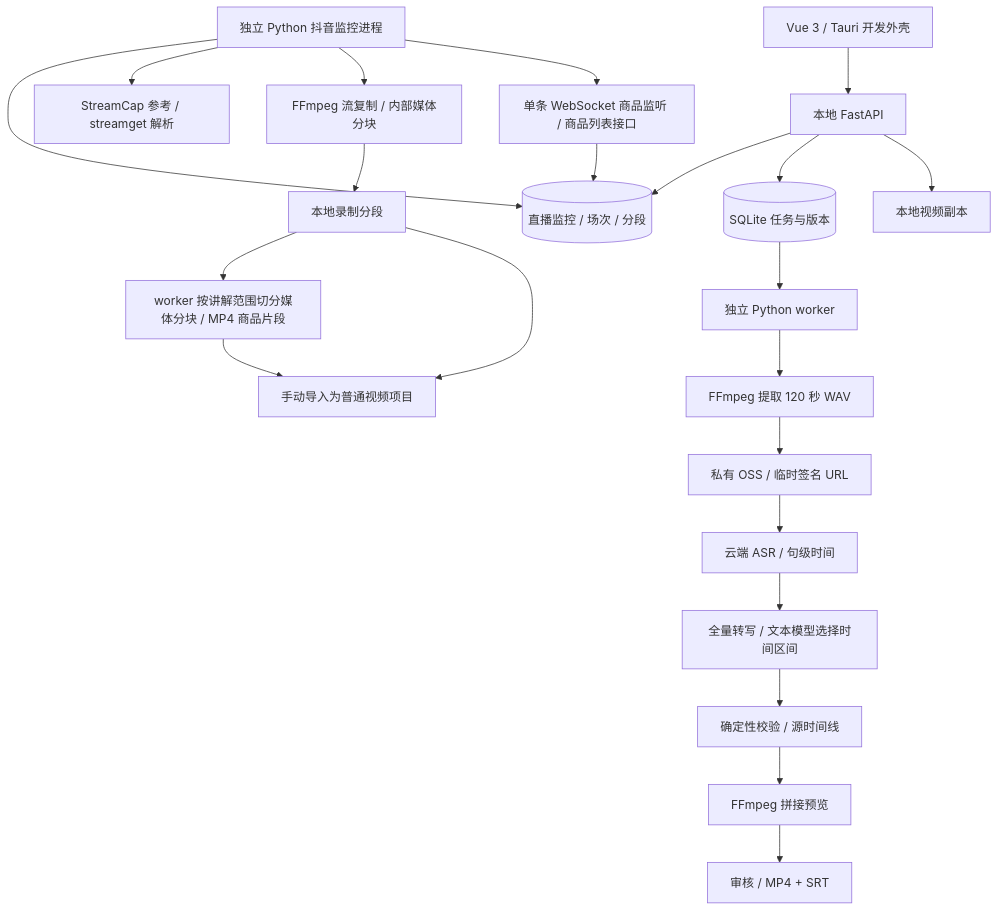
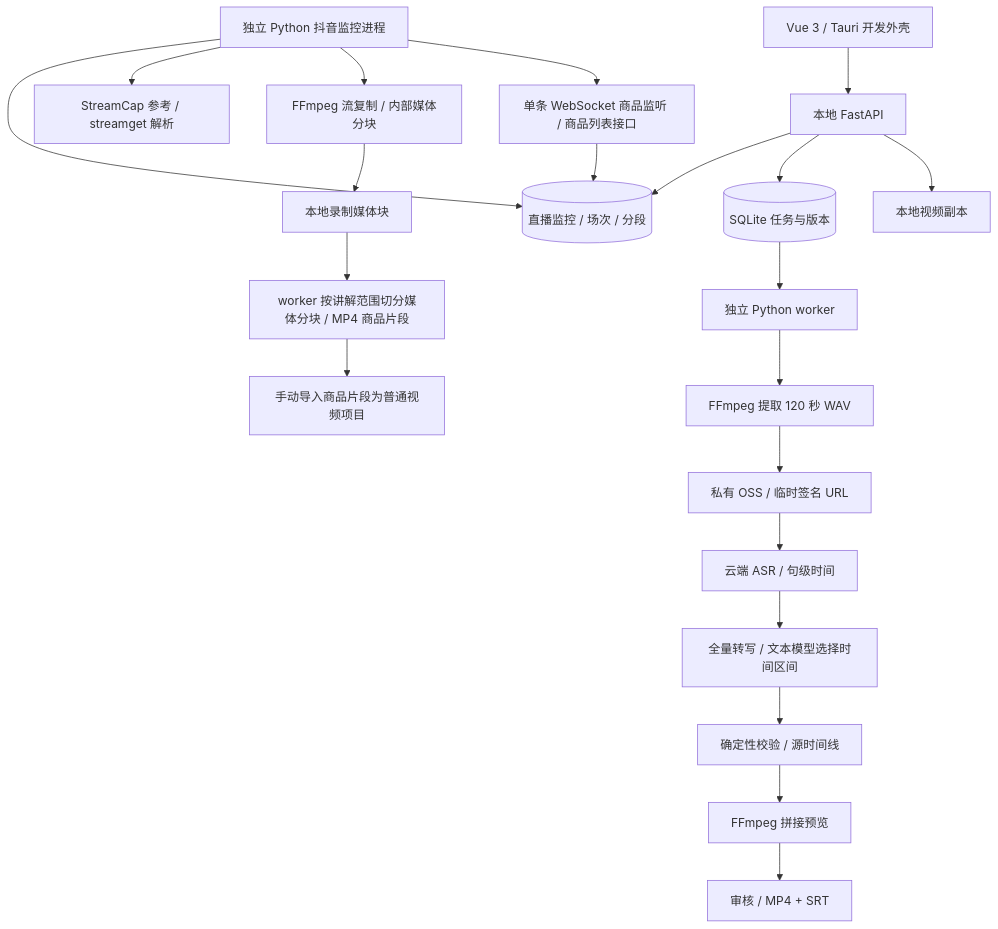
The diagram in SPEC.md (Anony0S/DouyinCut), drawn with Mermaid before and after one commit. The commit also changed other lines of this file and 8 other files, not shown here.

````diff
--- a/SPEC.md
+++ b/SPEC.md
@@ -175,24 +175,24 @@
 ```mermaid
 flowchart TD
     UI[Vue 3 / Tauri 开发外壳] --> API[本地 FastAPI]
     API --> LM[(直播监控 / 场次 / 分段)]
     LW[独立 Python 抖音监控进程] --> LM
     LW --> DOUYIN[StreamCap 参考 / streamget 解析]
     LW --> FFLIVE[FFmpeg 流复制 / 内部媒体分块]
     LW --> PL[单条 WebSocket 商品监听 / 商品列表接口]
     PL --> LM
-    FFLIVE --> LOCAL[本地录制分段]
+    FFLIVE --> LOCAL[本地录制媒体块]
     LOCAL --> CLIP[worker 按讲解范围切分媒体分块 / MP4 商品片段]
-    LOCAL --> IMP[手动导入为普通视频项目]
     CLIP --> IMP
+    IMP[手动导入商品片段为普通视频项目]
     API --> DB[(SQLite 任务与版本)]
     API --> FILE[本地视频副本]
     DB --> W[独立 Python worker]
     W --> FF[FFmpeg 提取 120 秒 WAV]
     FF --> OSS[私有 OSS / 临时签名 URL]
     OSS --> ASR[云端 ASR / 句级时间]
     ASR --> TEXT[全量转写 / 文本模型选择时间区间]
     TEXT --> CHECK[确定性校验 / 源时间线]
     CHECK --> PREVIEW[FFmpeg 拼接预览]
     PREVIEW --> OUT[审核 / MP4 + SRT]
 ```
````
